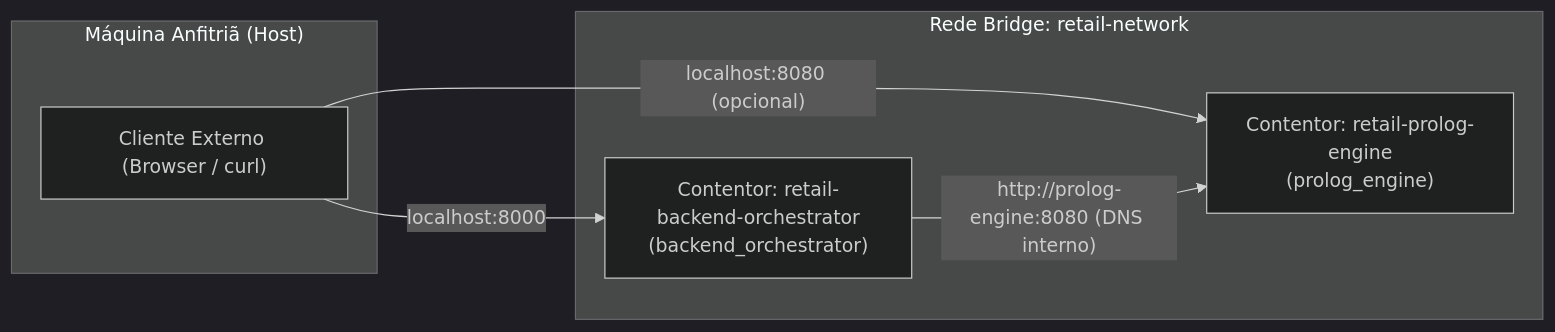
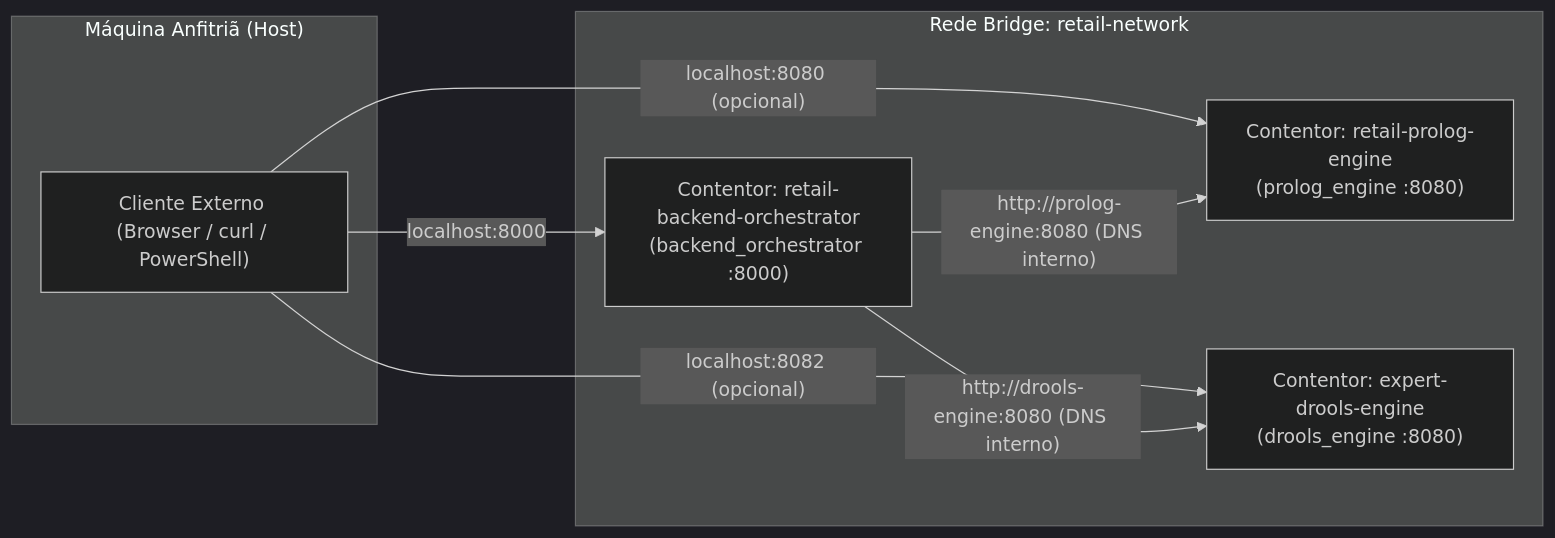
Before and after one commit to Santiago-1211173/meia-equipa3-challenge1-26_27: the third of 4 diagrams in docs/architecture/service_interactions.md, drawn with Mermaid (dark theme). The commit also changed other lines of this file and 23 other files, not shown here.

Commit message:
docs: add comprehensive documentation for architecture, API, deployment, and development guides

````diff
--- a/docs/architecture/service_interactions.md
+++ b/docs/architecture/service_interactions.md
@@ -108,16 +218,19 @@
 ```mermaid
 graph LR
     subgraph Host ["Máquina Anfitriã (Host)"]
-        CLIENT["Cliente Externo (Browser / curl)"]
+        CLIENT["Cliente Externo (Browser / curl / PowerShell)"]
     end
 
     subgraph DockerNet ["Rede Bridge: retail-network"]
-        ORCH["Contentor: retail-backend-orchestrator<br/>(backend_orchestrator)"]
-        PROLOG["Contentor: retail-prolog-engine<br/>(prolog_engine)"]
+        ORCH["Contentor: retail-backend-orchestrator<br/>(backend_orchestrator :8000)"]
+        PROLOG["Contentor: retail-prolog-engine<br/>(prolog_engine :8080)"]
+        DROOLS["Contentor: expert-drools-engine<br/>(drools_engine :8080)"]
     end
 
     CLIENT -->|"localhost:8000"| ORCH
     CLIENT -->|"localhost:8080 (opcional)"| PROLOG
+    CLIENT -->|"localhost:8082 (opcional)"| DROOLS
 
     ORCH -->|"http://prolog-engine:8080 (DNS interno)"| PROLOG
+    ORCH -->|"http://drools-engine:8080 (DNS interno)"| DROOLS
 ```
````
